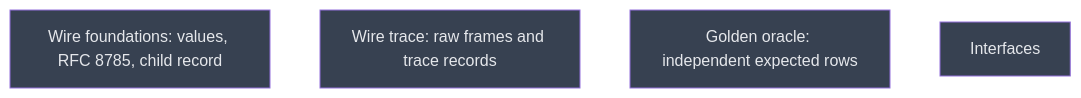
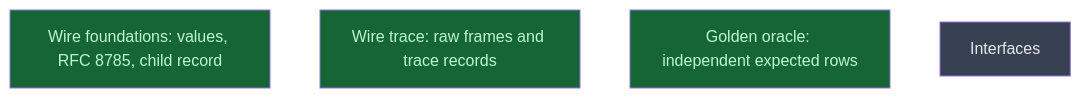
One commit to CrackingShells/Candler changed the diagram in __roadmap__/m1-contracts/README.md. Above: the diagram before and after it, drawn with Mermaid. The commit also changed other lines of this file and 3 other files, not shown here.

````diff
--- a/__roadmap__/m1-contracts/README.md
+++ b/__roadmap__/m1-contracts/README.md
@@ -69,12 +69,12 @@
 ```mermaid
 graph TD
-    wire_foundations[Wire foundations: values, RFC 8785, child record]:::planned
-    wire_trace[Wire trace: raw frames and trace records]:::planned
-    golden_oracle[Golden oracle: independent expected rows]:::planned
+    wire_foundations[Wire foundations: values, RFC 8785, child record]:::done
+    wire_trace[Wire trace: raw frames and trace records]:::done
+    golden_oracle[Golden oracle: independent expected rows]:::done
     interfaces[Interfaces]:::planned
     classDef done       fill:#166534,color:#bbf7d0
     classDef inprogress fill:#854d0e,color:#fef08a
     classDef planned    fill:#374151,color:#e5e7eb
     classDef amendment  fill:#1e3a5f,color:#bfdbfe
     classDef blocked    fill:#7f1d1d,color:#fecaca
 ```
````
